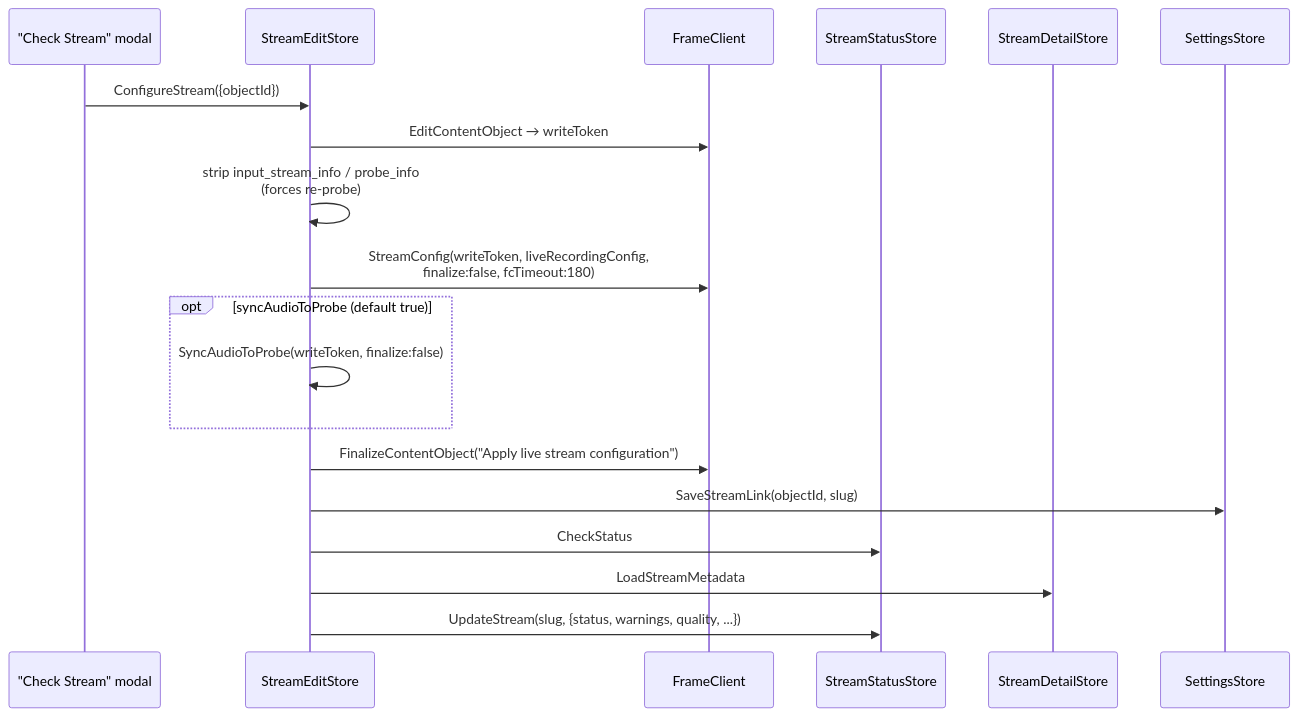
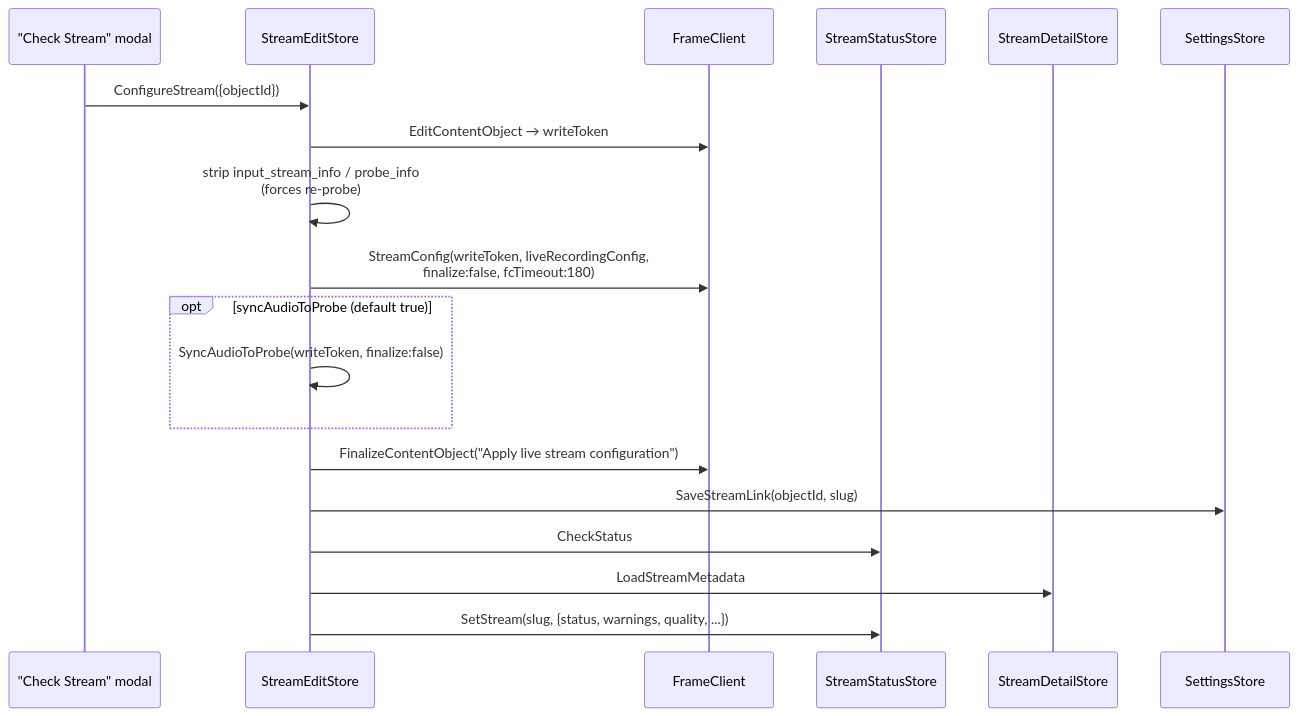
The second of 4 diagrams in docs/diagrams/stream-lifecycle.md (eluv-io/elv-live-stream), drawn with Mermaid before and after one commit. The commit also changed other lines of this file and 29 other files, not shown here.

````diff
--- a/docs/diagrams/stream-lifecycle.md
+++ b/docs/diagrams/stream-lifecycle.md
@@ -31,22 +31,22 @@
 ```mermaid
 sequenceDiagram
     participant UI as "Check Stream" modal
     participant StreamEditStore
     participant FrameClient
     participant StreamStatusStore
     participant StreamDetailStore
     participant SettingsStore
 
     UI->>StreamEditStore: ConfigureStream({objectId})
     StreamEditStore->>FrameClient: EditContentObject → writeToken
     StreamEditStore->>StreamEditStore: strip input_stream_info / probe_info<br/>(forces re-probe)
     StreamEditStore->>FrameClient: StreamConfig(writeToken, liveRecordingConfig,<br/>finalize:false, fcTimeout:180)
     opt syncAudioToProbe (default true)
         StreamEditStore->>StreamEditStore: SyncAudioToProbe(writeToken, finalize:false)
     end
     StreamEditStore->>FrameClient: FinalizeContentObject("Apply live stream configuration")
     StreamEditStore->>SettingsStore: SaveStreamLink(objectId, slug)
     StreamEditStore->>StreamStatusStore: CheckStatus
     StreamEditStore->>StreamDetailStore: LoadStreamMetadata
-    StreamEditStore->>StreamStatusStore: UpdateStream(slug, {status, warnings, quality, ...})
+    StreamEditStore->>StreamStatusStore: SetStream(slug, {status, warnings, quality, ...})
 ```
````
